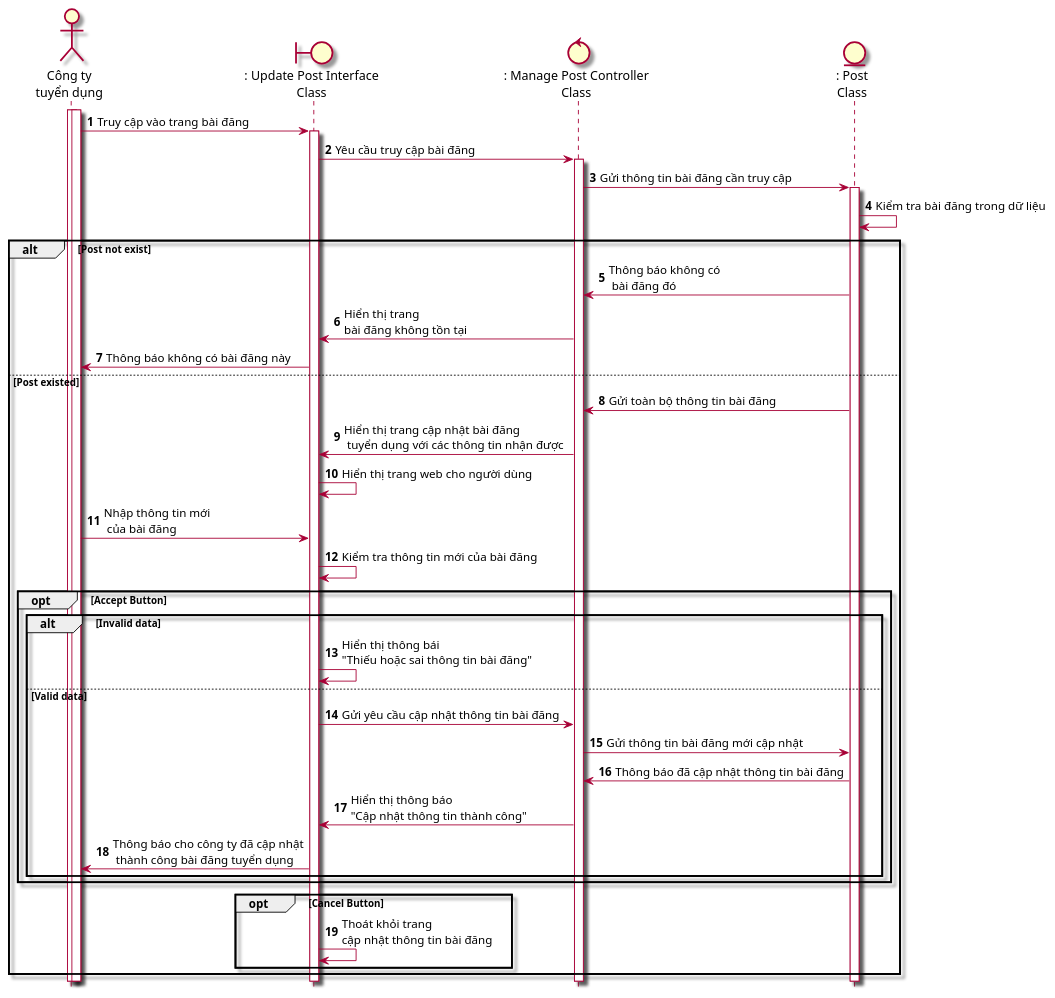
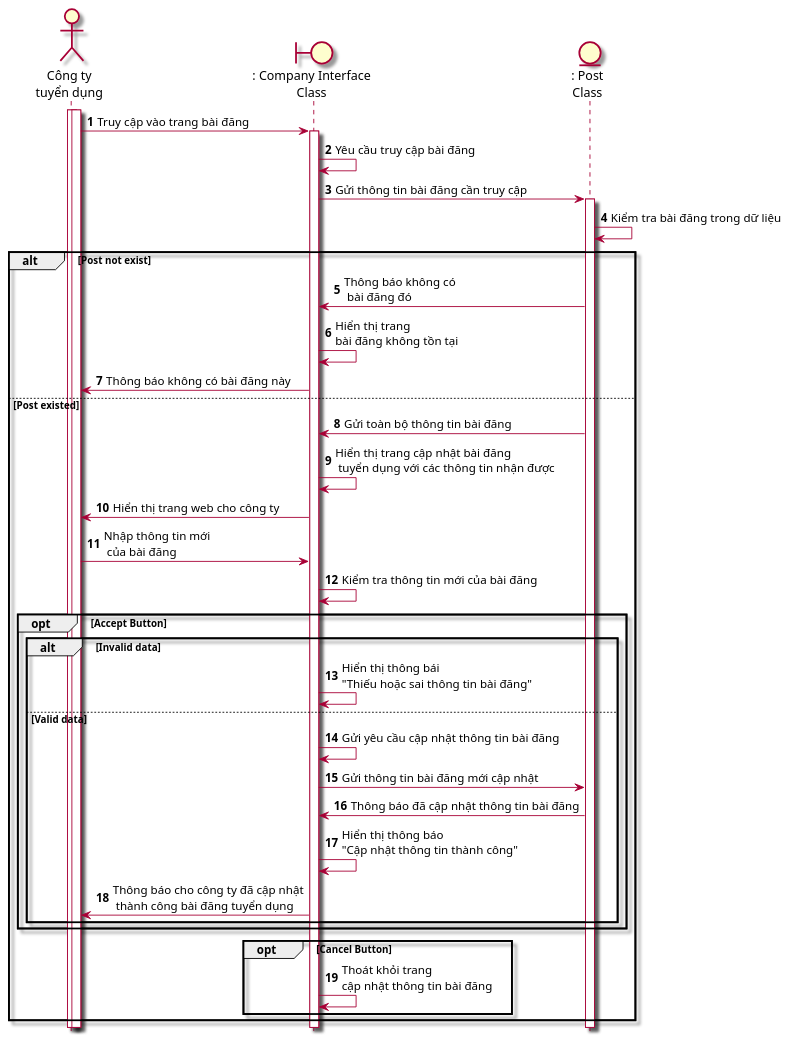
The diagram in Lab1/Lab 1.2 Diagram/Sequence/FilePUML/2.3 SeqCapNhatBaiDang.puml (Griselda4774/EAS-EmploymentAssistanceSystem), drawn with PlantUML before and after one commit. The commit also changed 12 other files, not shown here.

```diff
--- a/Lab1/Lab 1.2 Diagram/Sequence/FilePUML/2.3 SeqCapNhatBaiDang.puml
+++ b/Lab1/Lab 1.2 Diagram/Sequence/FilePUML/2.3 SeqCapNhatBaiDang.puml
@@ -1,43 +1,42 @@
 @startuml SeqCapNhatBaiDang
 skin rose
 hide footbox
 
 actor congTy as "Công ty\ntuyển dụng"
-boundary updatePostInterface as ": Update Post Interface\nClass"
-control managePostController as ": Manage Post Controller\nClass"
+boundary companyInterface as ": Company Interface\nClass"
 entity Post as ": Post\nClass"
 congTy++
-control managePostController as ": Manage Post Controller\nClass"
+control companyInterface as ": Manage Post Controller\nClass"
 entity Post as ": Post\nClass"
 autonumber 
 congTy++
-congTy -> updatePostInterface++: Truy cập vào trang bài đăng
-updatePostInterface-> managePostController++: Yêu cầu truy cập bài đăng
-managePostController -> Post++:Gửi thông tin bài đăng cần truy cập
+congTy -> companyInterface++: Truy cập vào trang bài đăng
+companyInterface-> companyInterface: Yêu cầu truy cập bài đăng
+companyInterface -> Post++:Gửi thông tin bài đăng cần truy cập
 Post -> Post: Kiểm tra bài đăng trong dữ liệu
 alt Post not exist
-    Post-> managePostController: Thông báo không có\n bài đăng đó
-    managePostController -> updatePostInterface: Hiển thị trang \nbài đăng không tồn tại 
-    updatePostInterface -> congTy: Thông báo không có bài đăng này
+    Post-> companyInterface: Thông báo không có\n bài đăng đó
+    companyInterface -> companyInterface: Hiển thị trang \nbài đăng không tồn tại 
+    companyInterface -> congTy: Thông báo không có bài đăng này
 else Post existed
-    Post-> managePostController: Gửi toàn bộ thông tin bài đăng
-    managePostController -> updatePostInterface: Hiển thị trang cập nhật bài đăng\n tuyển dụng với các thông tin nhận được
-    updatePostInterface -> updatePostInterface: Hiển thị trang web cho người dùng
-    congTy-> updatePostInterface: Nhập thông tin mới\n của bài đăng
-    updatePostInterface->updatePostInterface: Kiểm tra thông tin mới của bài đăng
+    Post-> companyInterface: Gửi toàn bộ thông tin bài đăng
+    companyInterface -> companyInterface: Hiển thị trang cập nhật bài đăng\n tuyển dụng với các thông tin nhận được
+    companyInterface -> congTy: Hiển thị trang web cho công ty
+    congTy-> companyInterface: Nhập thông tin mới\n của bài đăng
+    companyInterface->companyInterface: Kiểm tra thông tin mới của bài đăng
     opt Accept Button
     alt Invalid data
-    updatePostInterface -> updatePostInterface: Hiển thị thông bái \n"Thiếu hoặc sai thông tin bài đăng"
+    companyInterface -> companyInterface: Hiển thị thông bái \n"Thiếu hoặc sai thông tin bài đăng"
     else Valid data
-    updatePostInterface -> managePostController: Gửi yêu cầu cập nhật thông tin bài đăng
-    managePostController -> Post: Gửi thông tin bài đăng mới cập nhật
-    Post -> managePostController: Thông báo đã cập nhật thông tin bài đăng
-    managePostController -> updatePostInterface: Hiển thị thông báo\n"Cập nhật thông tin thành công"
-    updatePostInterface -> congTy: Thông báo cho công ty đã cập nhật\n thành công bài đăng tuyển dụng
+    companyInterface -> companyInterface: Gửi yêu cầu cập nhật thông tin bài đăng
+    companyInterface -> Post: Gửi thông tin bài đăng mới cập nhật
+    Post -> companyInterface: Thông báo đã cập nhật thông tin bài đăng
+    companyInterface -> companyInterface: Hiển thị thông báo\n"Cập nhật thông tin thành công"
+    companyInterface -> congTy: Thông báo cho công ty đã cập nhật\n thành công bài đăng tuyển dụng
     end
     end
     opt Cancel Button
-    updatePostInterface -> updatePostInterface: Thoát khỏi trang \ncập nhật thông tin bài đăng
+    companyInterface -> companyInterface: Thoát khỏi trang \ncập nhật thông tin bài đăng
     end
 end
 @enduml
```
